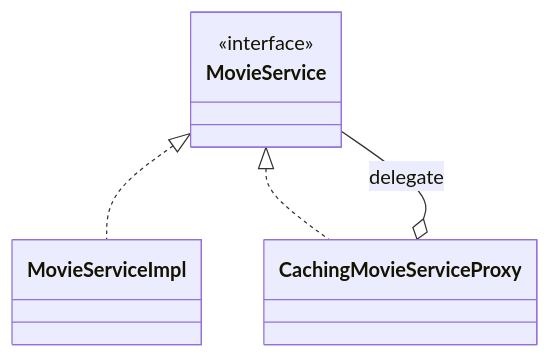
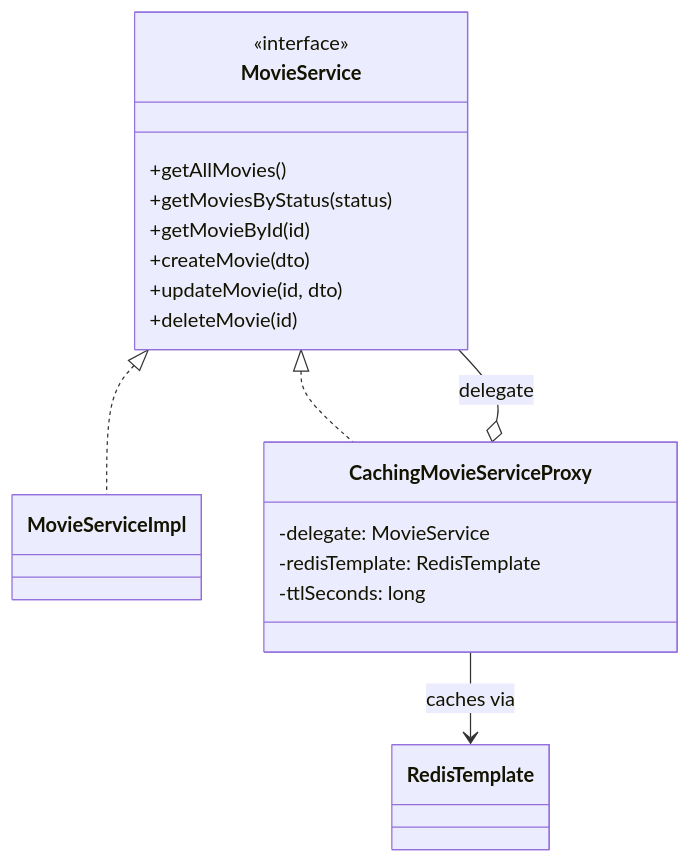
One commit to anhtudayne/Design_Pattern changed the diagram in plans/03-proxy-caching-movie-service.md. Above: the diagram before and after it, drawn with Mermaid. The commit also changed 30 other files, not shown here.

Commit message:
add uml design pattern

````diff
--- a/plans/03-proxy-caching-movie-service.md
+++ b/plans/03-proxy-caching-movie-service.md
@@ -109,13 +109,25 @@
 ```mermaid
 classDiagram
   direction TB
   class MovieService {
     <<interface>>
+    +getAllMovies()
+    +getMoviesByStatus(status)
+    +getMovieById(id)
+    +createMovie(dto)
+    +updateMovie(id, dto)
+    +deleteMovie(id)
   }
   class MovieServiceImpl
-  class CachingMovieServiceProxy
+  class CachingMovieServiceProxy {
+    -delegate: MovieService
+    -redisTemplate: RedisTemplate
+    -ttlSeconds: long
+  }
+  class RedisTemplate
 
   MovieService <|.. MovieServiceImpl
   MovieService <|.. CachingMovieServiceProxy
   CachingMovieServiceProxy o-- MovieService : delegate
+  CachingMovieServiceProxy --> RedisTemplate : caches via
 ```
````
